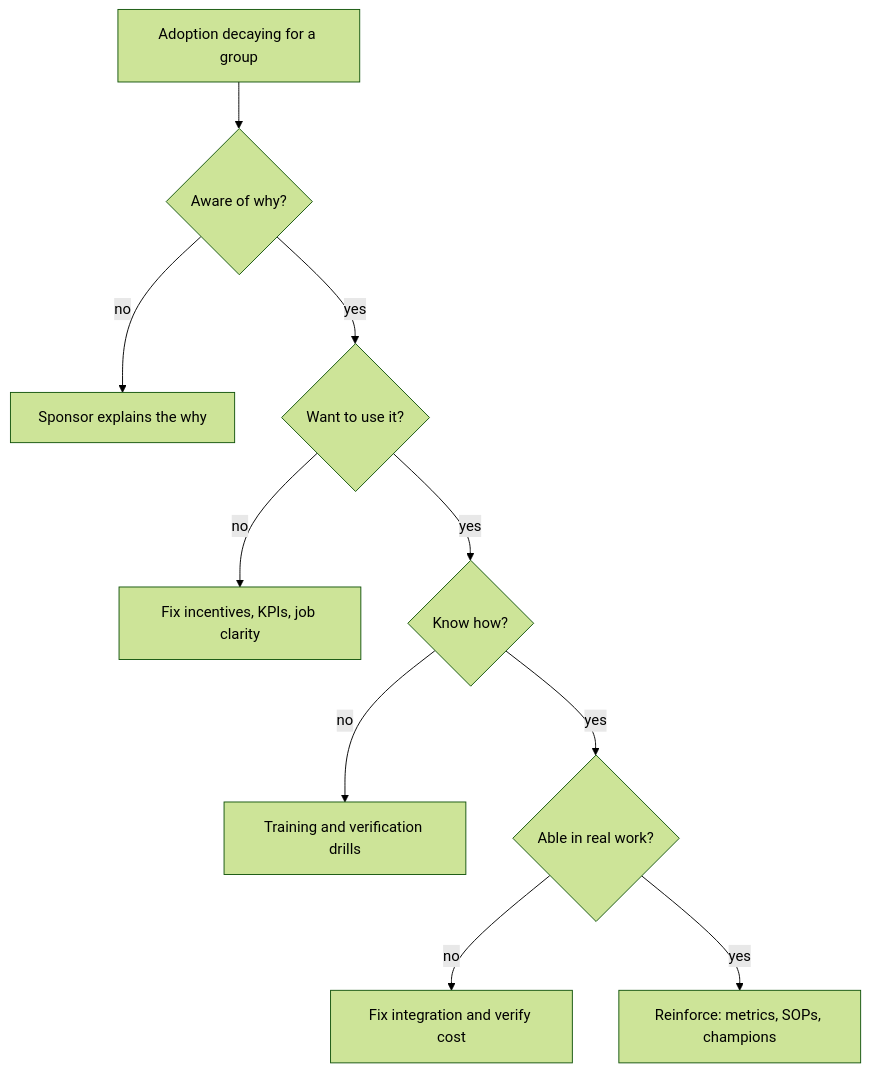
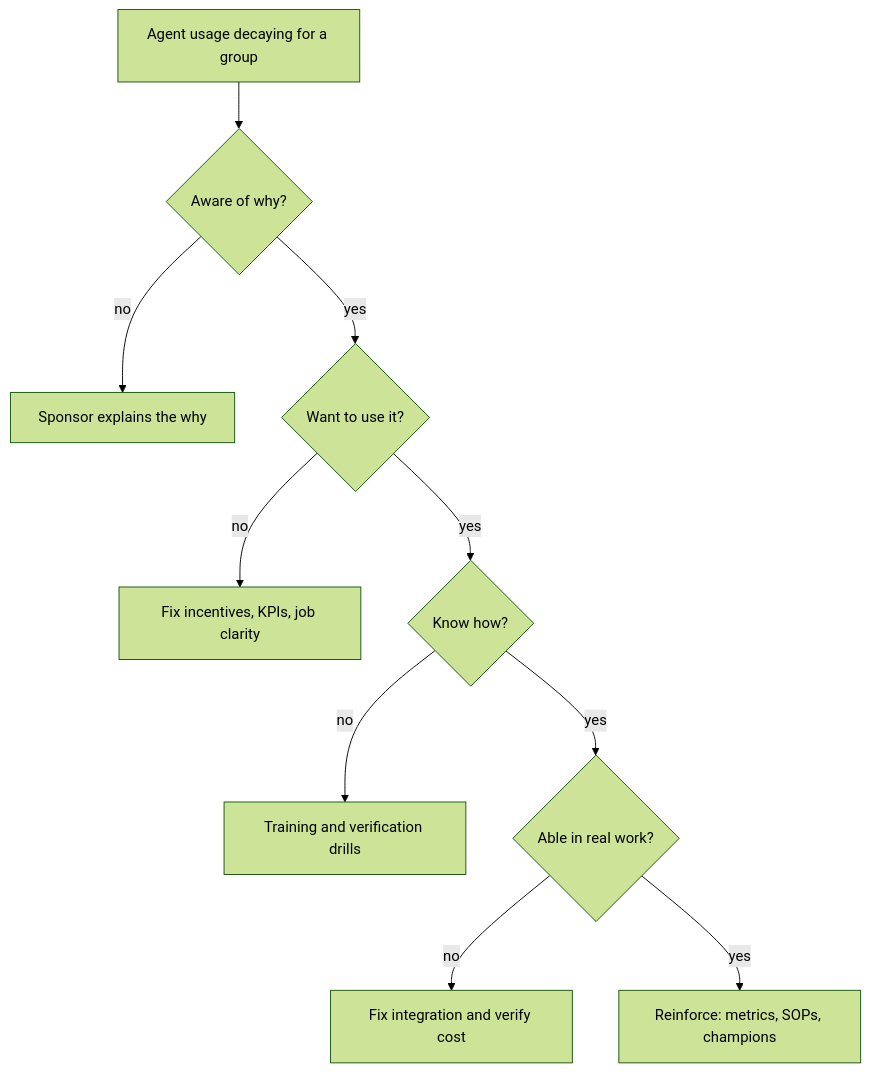
One commit to lovishmahajan97/agentic-learning changed the diagram in content/adoption/change-management.md. Above: the diagram before and after it, drawn with Mermaid (forest theme). The commit also changed other lines of this file and 454 other files, not shown here.

````diff
--- a/content/adoption/change-management.md
+++ b/content/adoption/change-management.md
@@ -131,12 +149,12 @@
 ```mermaid
 flowchart TD
-    S["Adoption decaying for a group"] --> A{"Aware of why?"}
+    S["Agent usage decaying for a group"] --> A{"Aware of why?"}
     A -->|"no"| A1["Sponsor explains the why"]
     A -->|"yes"| D{"Want to use it?"}
     D -->|"no"| D1["Fix incentives, KPIs, job clarity"]
     D -->|"yes"| K{"Know how?"}
     K -->|"no"| K1["Training and verification drills"]
     K -->|"yes"| B{"Able in real work?"}
     B -->|"no"| B1["Fix integration and verify cost"]
     B -->|"yes"| R["Reinforce: metrics, SOPs, champions"]
 ```
````
